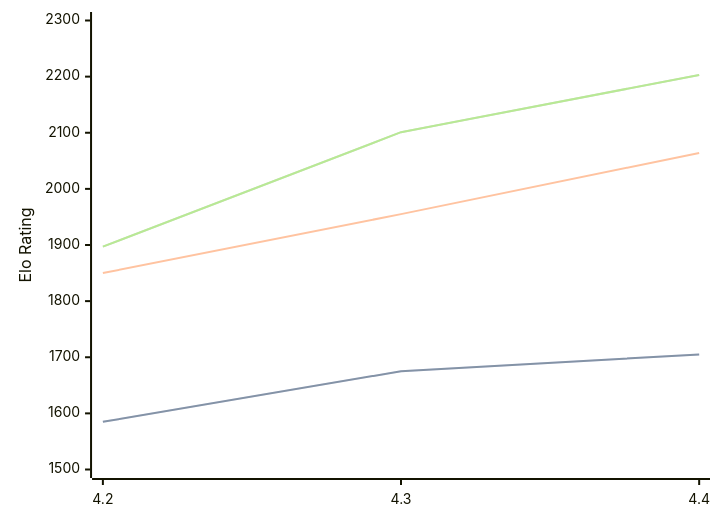
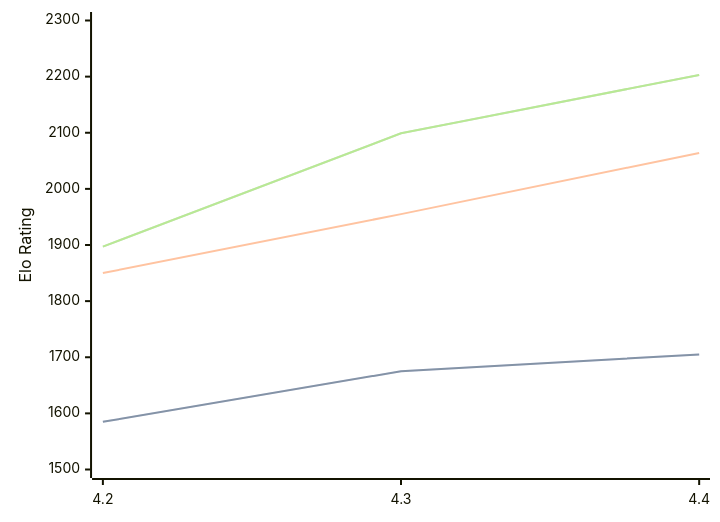
Before and after one commit to computer-chess-index/cci: the diagram in engines/Radiance.md, drawn with Mermaid. The commit also changed other lines of this file, not shown here.

Commit message:
Update CCI Ratings (ELO VLTC) - 2026-09-21

````diff
--- a/engines/Radiance.md
+++ b/engines/Radiance.md
@@ -33,11 +33,11 @@
 ```mermaid
 %%{init: {"theme":"base","themeVariables":{"seriesColors:['#a3a3a3','#222221','#faa371']}}}%%
 xychart-beta
   x-axis ["4.2", "4.3", "4.4"]
   y-axis "Elo Rating" 1500 --> 2300
   line "" [1585, 1675, 1705]
   line "STC (8.0+0.08s)" [1585, 1675, 1705]
   line "LTC (60.0+0.60s)" [1850, 1955, 2064]
-  line "" [1897, 2101, 2203]
-  line "VLTC (2m24s+1.12s)" [1897, 2101, 2203]
+  line "" [1897, 2099, 2203]
+  line "VLTC (2m24s+1.12s)" [1897, 2099, 2203]
 ```
````
